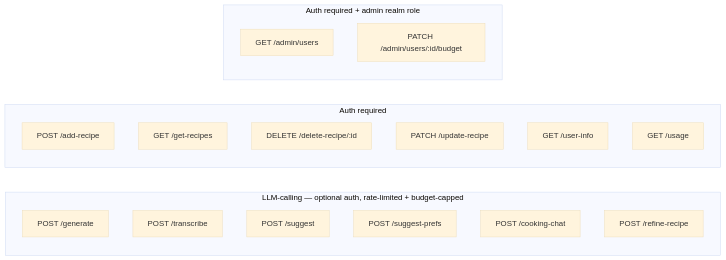
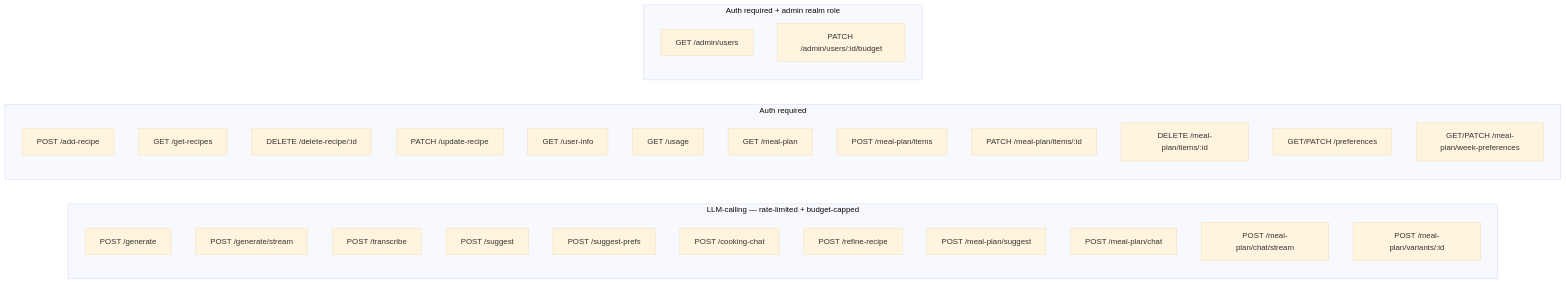
The second of 2 diagrams in AGENT.md (ili16/recipe-generator), drawn with Mermaid (base theme) before and after one commit. The commit also changed other lines of this file and 30 other files, not shown here.

Commit message:
add mealplan functionality, streaming, recipe variants, upvotes and profile preferences

````diff
--- a/AGENT.md
+++ b/AGENT.md
@@ -29,23 +29,34 @@
 ```mermaid
 graph LR
-    subgraph llm["LLM-calling — optional auth, rate-limited + budget-capped"]
+    subgraph llm["LLM-calling — rate-limited + budget-capped"]
         G[POST /generate]
+        GS[POST /generate/stream]
         T[POST /transcribe]
         S[POST /suggest]
         SP[POST /suggest-prefs]
         CC[POST /cooking-chat]
         RR[POST /refine-recipe]
+        MPS[POST /meal-plan/suggest]
+        MPC[POST /meal-plan/chat]
+        MPCS[POST /meal-plan/chat/stream]
+        MPV[POST /meal-plan/variants/:id]
     end
     subgraph required["Auth required"]
         AR[POST /add-recipe]
         GR[GET /get-recipes]
         DR[DELETE /delete-recipe/:id]
         UR[PATCH /update-recipe]
         UF[GET /user-info]
         US[GET /usage]
+        MP[GET /meal-plan]
+        MPA[POST /meal-plan/items]
+        MPU[PATCH /meal-plan/items/:id]
+        MPD[DELETE /meal-plan/items/:id]
+        PR[GET/PATCH /preferences]
+        MPWP[GET/PATCH /meal-plan/week-preferences]
     end
     subgraph admin["Auth required + admin realm role"]
         AU[GET /admin/users]
         AB[PATCH /admin/users/:id/budget]
     end
 ```
````
